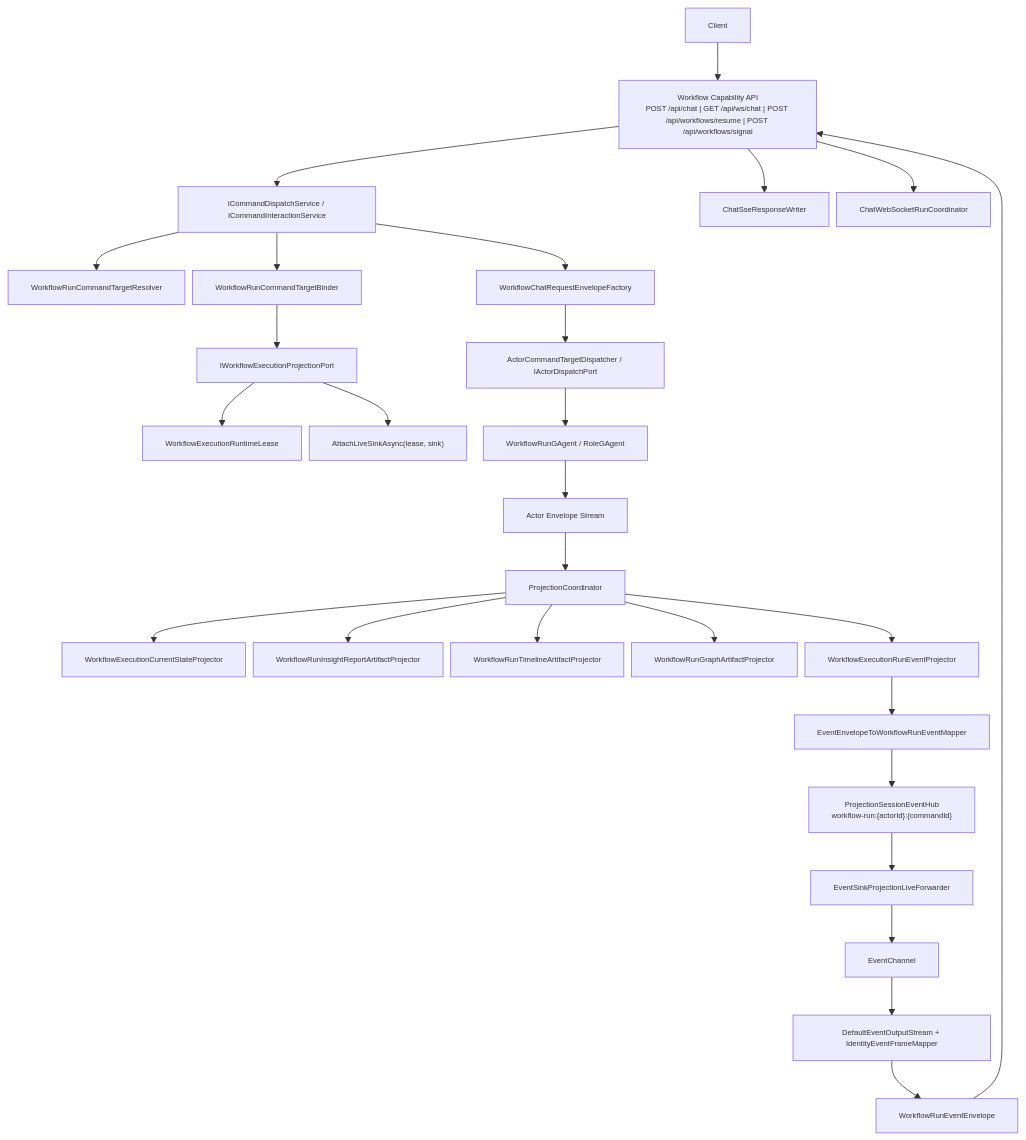
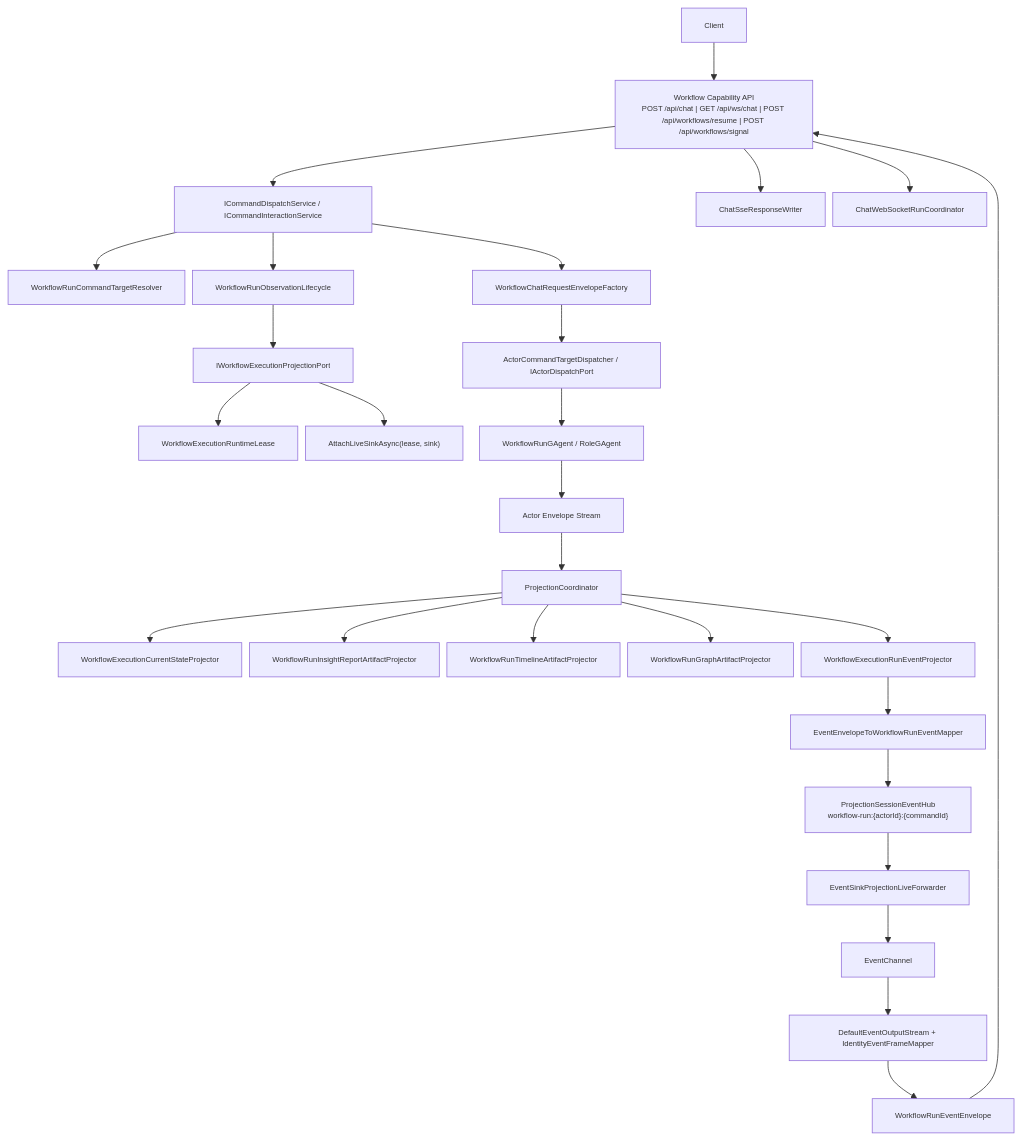
Before and after one commit to aevatarAI/aevatar: the first of 5 diagrams in docs/canon/llm-streaming.md, drawn with Mermaid. The commit also changed other lines of this file and 30 other files, not shown here.

Commit message:
fix r2 PR #795: architect+quality reject ⟦AI:AUTO-LOOP⟧

````diff
--- a/docs/canon/llm-streaming.md
+++ b/docs/canon/llm-streaming.md
@@ -65,30 +65,30 @@
 ```mermaid
 %%{init: {"maxTextSize": 100000, "flowchart": {"useMaxWidth": false, "nodeSpacing": 10, "rankSpacing": 50}, "themeVariables": {"fontSize": "10px"}}}%%
 flowchart TB
     C["Client"] --> H["Workflow Capability API\nPOST /api/chat | GET /api/ws/chat | POST /api/workflows/resume | POST /api/workflows/signal"]
     H --> CMD["ICommandDispatchService / ICommandInteractionService"]
     CMD --> RES["WorkflowRunCommandTargetResolver"]
-    CMD --> BND["WorkflowRunCommandTargetBinder"]
+    CMD --> BND["WorkflowRunObservationLifecycle"]
     BND --> LIF["IWorkflowExecutionProjectionPort"]
     LIF --> LEASE["WorkflowExecutionRuntimeLease"]
     LIF --> SUB["AttachLiveSinkAsync(lease, sink)"]
     CMD --> FAC["WorkflowChatRequestEnvelopeFactory"]
     FAC --> DSP["ActorCommandTargetDispatcher / IActorDispatchPort"]
     DSP --> ACT["WorkflowRunGAgent / RoleGAgent"]
     ACT --> EVT["Actor Envelope Stream"]
     EVT --> COOR["ProjectionCoordinator"]
     COOR --> RM1["WorkflowExecutionCurrentStateProjector"]
     COOR --> RM2["WorkflowRunInsightReportArtifactProjector"]
     COOR --> RM3["WorkflowRunTimelineArtifactProjector"]
     COOR --> RM4["WorkflowRunGraphArtifactProjector"]
     COOR --> REP["WorkflowExecutionRunEventProjector"]
     REP --> MAP["EventEnvelopeToWorkflowRunEventMapper"]
     MAP --> HUB["ProjectionSessionEventHub\nworkflow-run:{actorId}:{commandId}"]
     HUB --> FWD["EventSinkProjectionLiveForwarder<WorkflowExecutionRuntimeLease, WorkflowRunEventEnvelope>"]
     FWD --> CH["EventChannel<WorkflowRunEventEnvelope>"]
     CH --> STR["DefaultEventOutputStream + IdentityEventFrameMapper"]
     STR --> FR["WorkflowRunEventEnvelope"]
     FR --> H
     H --> SSE["ChatSseResponseWriter"]
     H --> WS["ChatWebSocketRunCoordinator"]
 ```
````
